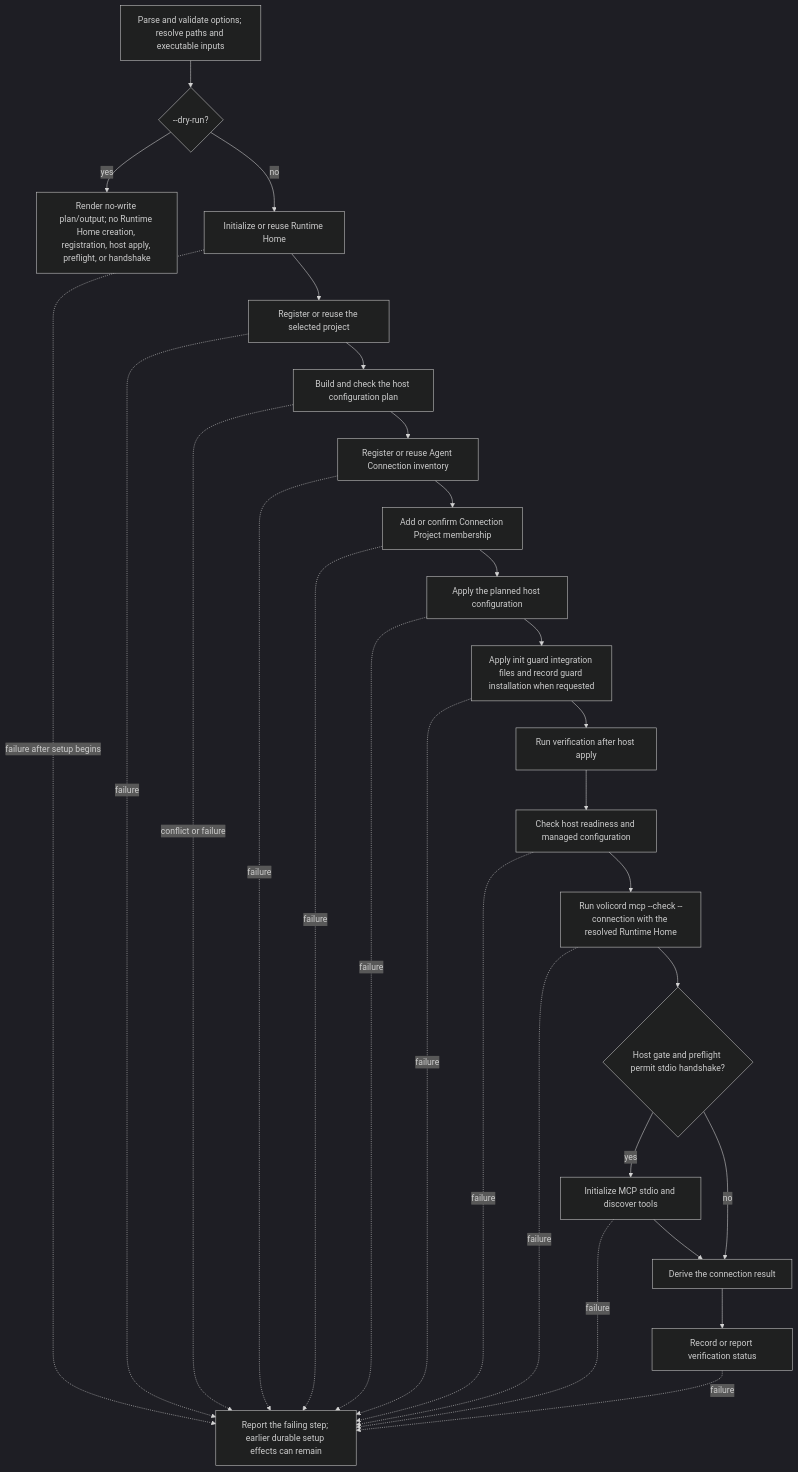
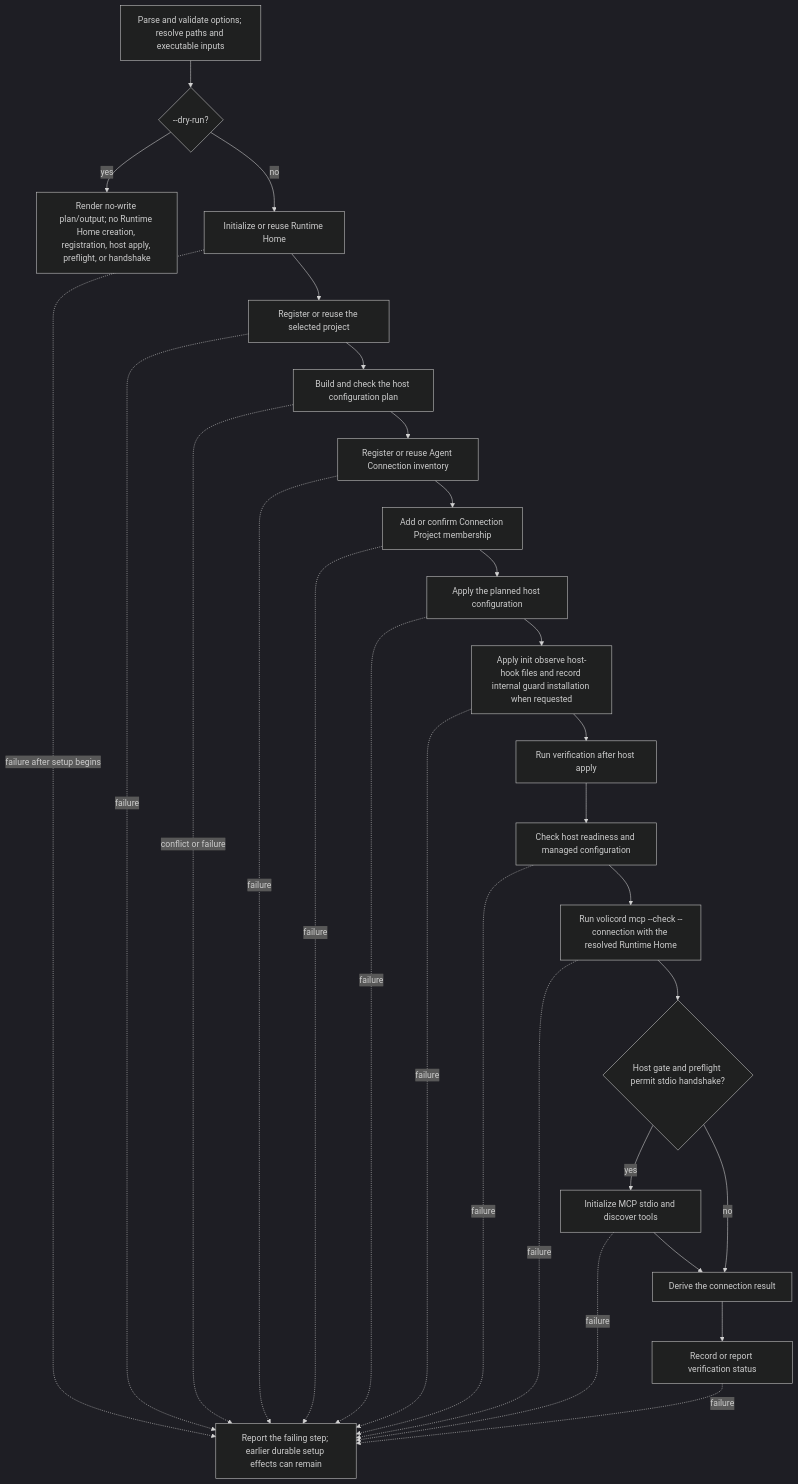
One commit to minjungw00/Volicord changed the fourth of 4 diagrams in docs/en/development/architecture.md. Above: the diagram before and after it, drawn with Mermaid (dark theme). The commit also changed other lines of this file and 42 other files, not shown here.

````diff
--- a/docs/en/development/architecture.md
+++ b/docs/en/development/architecture.md
@@ -301,39 +301,39 @@
 ```mermaid
 flowchart TD
   parse["Parse and validate options; resolve paths and executable inputs"]
   dry{"--dry-run?"}
   dryout["Render no-write plan/output; no Runtime Home creation, registration, host apply, preflight, or handshake"]
   runtime["Initialize or reuse Runtime Home"]
   project["Register or reuse the selected project"]
   plan["Build and check the host configuration plan"]
   connection["Register or reuse Agent Connection inventory"]
   membership["Add or confirm Connection Project membership"]
   host["Apply the planned host configuration"]
-  integration["Apply init guard integration files and record guard installation when requested"]
+  integration["Apply init observe host-hook files and record internal guard installation when requested"]
   verify["Run verification after host apply"]
   readiness["Check host readiness and managed configuration"]
   preflight["Run volicord mcp --check --connection with the resolved Runtime Home"]
   gate{"Host gate and preflight permit stdio handshake?"}
   handshake["Initialize MCP stdio and discover tools"]
   aggregate["Derive the connection result"]
   final["Record or report verification status"]
   fail["Report the failing step; earlier durable setup effects can remain"]
 
   parse --> dry
   dry -- yes --> dryout
   dry -- no --> runtime --> project --> plan --> connection --> membership --> host --> integration --> verify
   verify --> readiness --> preflight --> gate
   gate -- yes --> handshake --> aggregate --> final
   gate -- no --> aggregate
   runtime -. failure after setup begins .-> fail
   project -. failure .-> fail
   plan -. conflict or failure .-> fail
   connection -. failure .-> fail
   membership -. failure .-> fail
   host -. failure .-> fail
   integration -. failure .-> fail
   readiness -. failure .-> fail
   preflight -. failure .-> fail
   handshake -. failure .-> fail
   final -. failure .-> fail
 ```
````
